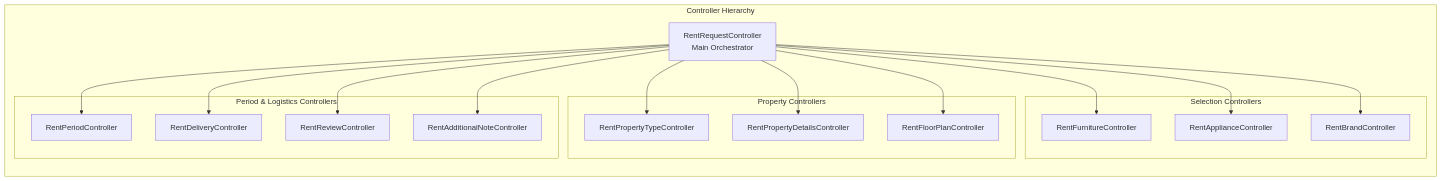
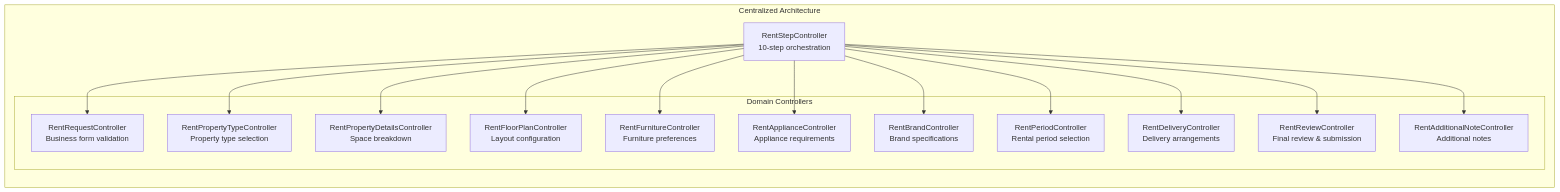
The fifth of 6 diagrams in .qoder/repowiki/en/content/Core Features/Business Services/Rent Furniture System.md (Ariful3111/FurniGo), drawn with Mermaid before and after one commit. The commit also changed other lines of this file and 9 other files, not shown here.

````diff
--- a/.qoder/repowiki/en/content/Core Features/Business Services/Rent Furniture System.md
+++ b/.qoder/repowiki/en/content/Core Features/Business Services/Rent Furniture System.md
@@ -349,32 +335,30 @@
 ```mermaid
 graph LR
-subgraph "Controller Hierarchy"
-MainController["RentRequestController<br/>Main Orchestrator"]
-subgraph "Property Controllers"
-PropertyType["RentPropertyTypeController"]
-PropertyDetails["RentPropertyDetailsController"]
-FloorPlan["RentFloorPlanController"]
-end
-subgraph "Selection Controllers"
-Furniture["RentFurnitureController"]
-Appliance["RentApplianceController"]
-Brand["RentBrandController"]
-end
-subgraph "Period & Logistics Controllers"
-Period["RentPeriodController"]
-Delivery["RentDeliveryController"]
-Review["RentReviewController"]
-AdditionalNote["RentAdditionalNoteController"]
+subgraph "Centralized Architecture"
+RentStepController["RentStepController<br/>10-step orchestration"]
+subgraph "Domain Controllers"
+RentRequestController["RentRequestController<br/>Business form validation"]
+RentPropertyTypeController["RentPropertyTypeController<br/>Property type selection"]
+RentPropertyDetailsController["RentPropertyDetailsController<br/>Space breakdown"]
+RentFloorPlanController["RentFloorPlanController<br/>Layout configuration"]
+RentFurnitureController["RentFurnitureController<br/>Furniture preferences"]
+RentApplianceController["RentApplianceController<br/>Appliance requirements"]
+RentBrandController["RentBrandController<br/>Brand specifications"]
+RentPeriodController["RentPeriodController<br/>Rental period selection"]
+RentDeliveryController["RentDeliveryController<br/>Delivery arrangements"]
+RentReviewController["RentReviewController<br/>Final review & submission"]
+RentAdditionalNoteController["RentAdditionalNoteController<br/>Additional notes"]
 end
 end
-MainController --> PropertyType
-MainController --> PropertyDetails
-MainController --> FloorPlan
-MainController --> Furniture
-MainController --> Appliance
-MainController --> Brand
-MainController --> Period
-MainController --> Delivery
-MainController --> Review
-MainController --> AdditionalNote
+RentStepController --> RentRequestController
+RentStepController --> RentPropertyTypeController
+RentStepController --> RentPropertyDetailsController
+RentStepController --> RentFloorPlanController
+RentStepController --> RentFurnitureController
+RentStepController --> RentApplianceController
+RentStepController --> RentBrandController
+RentStepController --> RentPeriodController
+RentStepController --> RentDeliveryController
+RentStepController --> RentReviewController
+RentStepController --> RentAdditionalNoteController
 ```
````
